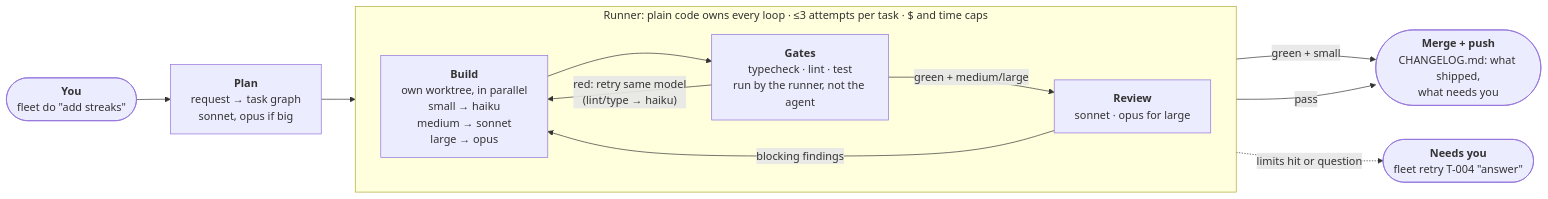
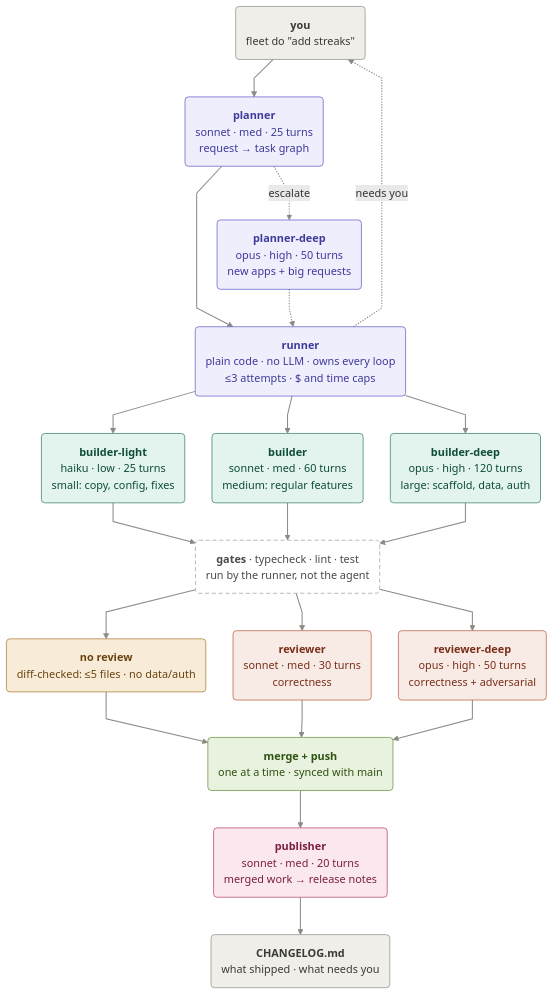
One commit to neil-mithipati/agent-fleet-kit changed the diagram in README.md. Above: the diagram before and after it, drawn with Mermaid. The commit also changed other lines of this file, not shown here.

Commit message:
readme: top-down agent graph, color-coded by role
Claude-Session: https://claude.ai/code/session_01QtMYRsgR5W9aanuCD7Xcyb

````diff
--- a/README.md
+++ b/README.md
@@ -16,17 +20,51 @@
 ```mermaid
-flowchart LR
-  you(["<b>You</b><br/>fleet do #quot;add streaks#quot;"]) --> plan["<b>Plan</b><br/>request → task graph<br/>sonnet, opus if big"]
-  plan --> build
+%%{init: {"flowchart": {"wrappingWidth": 420, "nodeSpacing": 40, "rankSpacing": 55, "curve": "linear"}}}%%
+flowchart TD
+  human("<b>you</b><br/>fleet do #quot;add streaks#quot;")
+  planner("<b>planner</b><br/>sonnet · med · 25 turns<br/>request → task graph")
+  plannerDeep("<b>planner-deep</b><br/>opus · high · 50 turns<br/>new apps + big requests")
+  runner("<b>runner</b><br/>plain code · no LLM · owns every loop<br/>≤3 attempts · $ and time caps")
 
-  subgraph runner["Runner: plain code owns every loop · ≤3 attempts per task · $ and time caps"]
-    direction LR
-    build["<b>Build</b><br/>own worktree, in parallel<br/>small → haiku<br/>medium → sonnet<br/>large → opus"] --> gates["<b>Gates</b><br/>typecheck · lint · test<br/>run by the runner, not the agent"]
-    gates -- "red: retry same model<br/>(lint/type → haiku)" --> build
-    gates -- "green + medium/large" --> review["<b>Review</b><br/>sonnet · opus for large"]
-    review -- "blocking findings" --> build
-  end
+  light("<b>builder-light</b><br/>haiku · low · 25 turns<br/>small: copy, config, fixes")
+  builder("<b>builder</b><br/>sonnet · med · 60 turns<br/>medium: regular features")
+  deep("<b>builder-deep</b><br/>opus · high · 120 turns<br/>large: scaffold, data, auth")
 
-  gates -- "green + small" --> ship
-  review -- "pass" --> ship(["<b>Merge + push</b><br/>CHANGELOG.md: what shipped,<br/>what needs you"])
-  runner -. "limits hit or question" .-> human(["<b>Needs you</b><br/>fleet retry T-004 #quot;answer#quot;"])
+  gates("<b>gates</b> · typecheck · lint · test<br/>run by the runner, not the agent")
+
+  noreview("<b>no review</b><br/>diff-checked: ≤5 files · no data/auth")
+  reviewer("<b>reviewer</b><br/>sonnet · med · 30 turns<br/>correctness")
+  reviewerDeep("<b>reviewer-deep</b><br/>opus · high · 50 turns<br/>correctness + adversarial")
+
+  merge("<b>merge + push</b><br/>one at a time · synced with main")
+  publisher("<b>publisher</b><br/>sonnet · med · 20 turns<br/>merged work → release notes")
+  changelog("<b>CHANGELOG.md</b><br/>what shipped · what needs you")
+
+  human --> planner
+  planner -. escalate .-> plannerDeep
+  planner --> runner
+  plannerDeep -.-> runner
+  runner -. needs you .-> human
+  runner --> light & builder & deep
+  light & builder & deep --> gates
+  gates --> noreview & reviewer & reviewerDeep
+  noreview & reviewer & reviewerDeep --> merge
+  merge --> publisher --> changelog
+
+  classDef human fill:#f0eee8,stroke:#8a8a85,color:#3a3a38
+  classDef core fill:#eeeefc,stroke:#5b55c4,color:#3f3a9a
+  classDef build fill:#e3f4ee,stroke:#2c7a5a,color:#0e4d36
+  classDef gate fill:#ffffff,stroke:#9a9a95,color:#4a4a48,stroke-dasharray:6 4
+  classDef skip fill:#f8ecd9,stroke:#a5762a,color:#6b4310
+  classDef review fill:#f8ebe6,stroke:#b5553a,color:#7a2e18
+  classDef ship fill:#e9f2df,stroke:#5d8a32,color:#2d5212
+  classDef pub fill:#fbe8ef,stroke:#b23a68,color:#7a1f43
+  class human,changelog human
+  class runner,planner,plannerDeep core
+  class light,builder,deep build
+  class gates gate
+  class noreview skip
+  class reviewer,reviewerDeep review
+  class merge ship
+  class publisher pub
+  linkStyle default stroke:#8a8a85,stroke-width:1.5px
 ```
````
